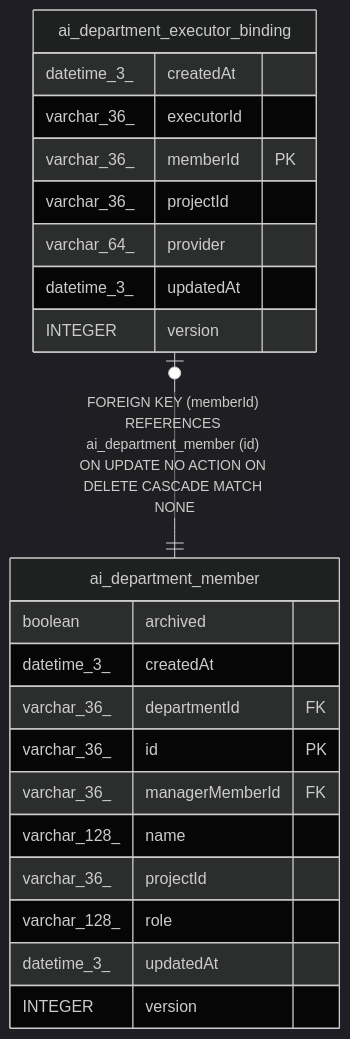
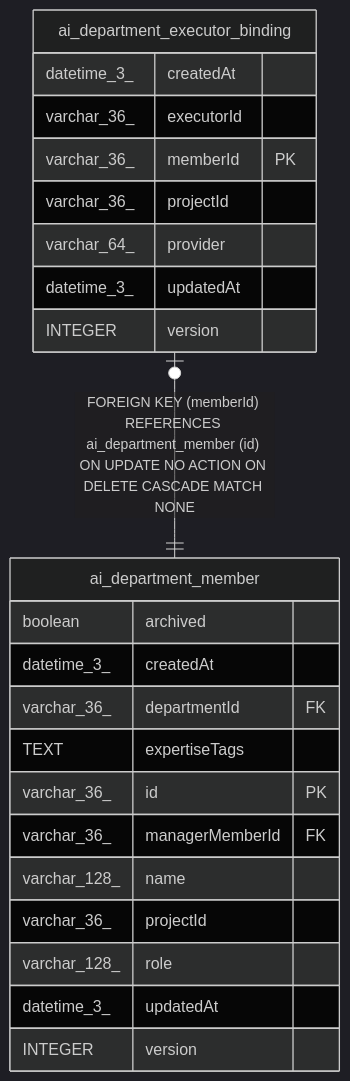
Before and after one commit to haison1234/Nexora: the diagram in docs/generated/sqlite-schema/ai_department_executor_binding.md, drawn with Mermaid (dark theme). The commit also changed 524 other files, not shown here.

````diff
--- a/docs/generated/sqlite-schema/ai_department_executor_binding.md
+++ b/docs/generated/sqlite-schema/ai_department_executor_binding.md
@@ -42,27 +42,28 @@
 ```mermaid
 erDiagram
 
 "ai_department_executor_binding" |o--|| "ai_department_member" : "FOREIGN KEY (memberId) REFERENCES ai_department_member (id) ON UPDATE NO ACTION ON DELETE CASCADE MATCH NONE"
 
 "ai_department_executor_binding" {
   datetime_3_ createdAt
   varchar_36_ executorId
   varchar_36_ memberId PK
   varchar_36_ projectId
   varchar_64_ provider
   datetime_3_ updatedAt
   INTEGER version
 }
 "ai_department_member" {
   boolean archived
   datetime_3_ createdAt
   varchar_36_ departmentId FK
+  TEXT expertiseTags
   varchar_36_ id PK
   varchar_36_ managerMemberId FK
   varchar_128_ name
   varchar_36_ projectId
   varchar_128_ role
   datetime_3_ updatedAt
   INTEGER version
 }
 ```
````
